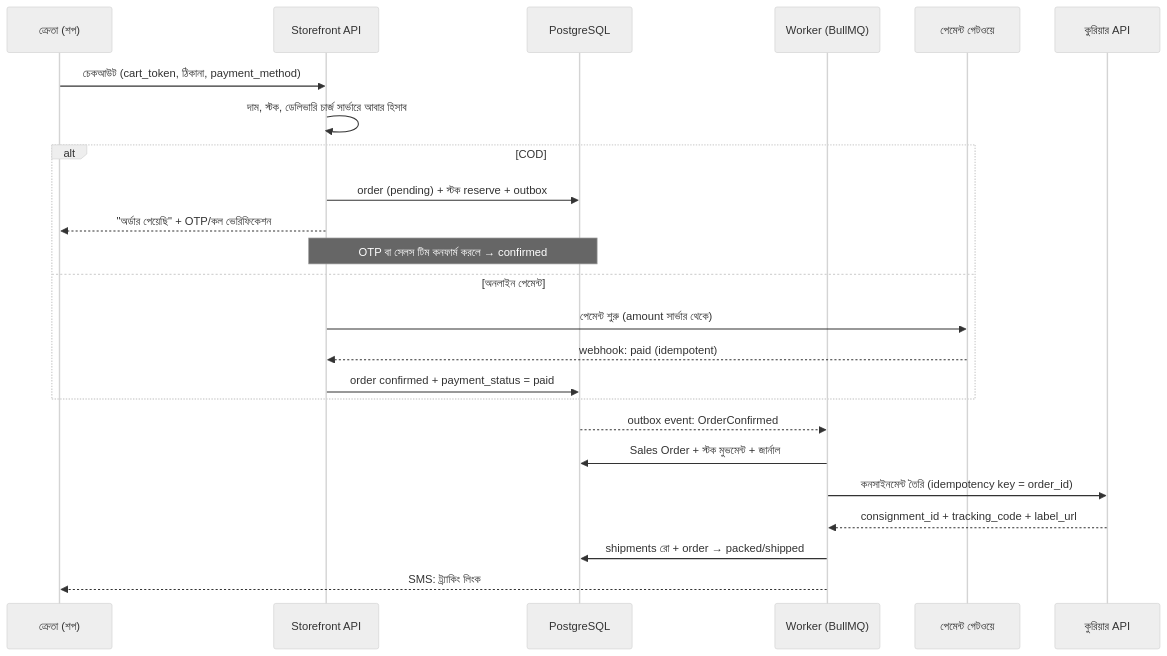
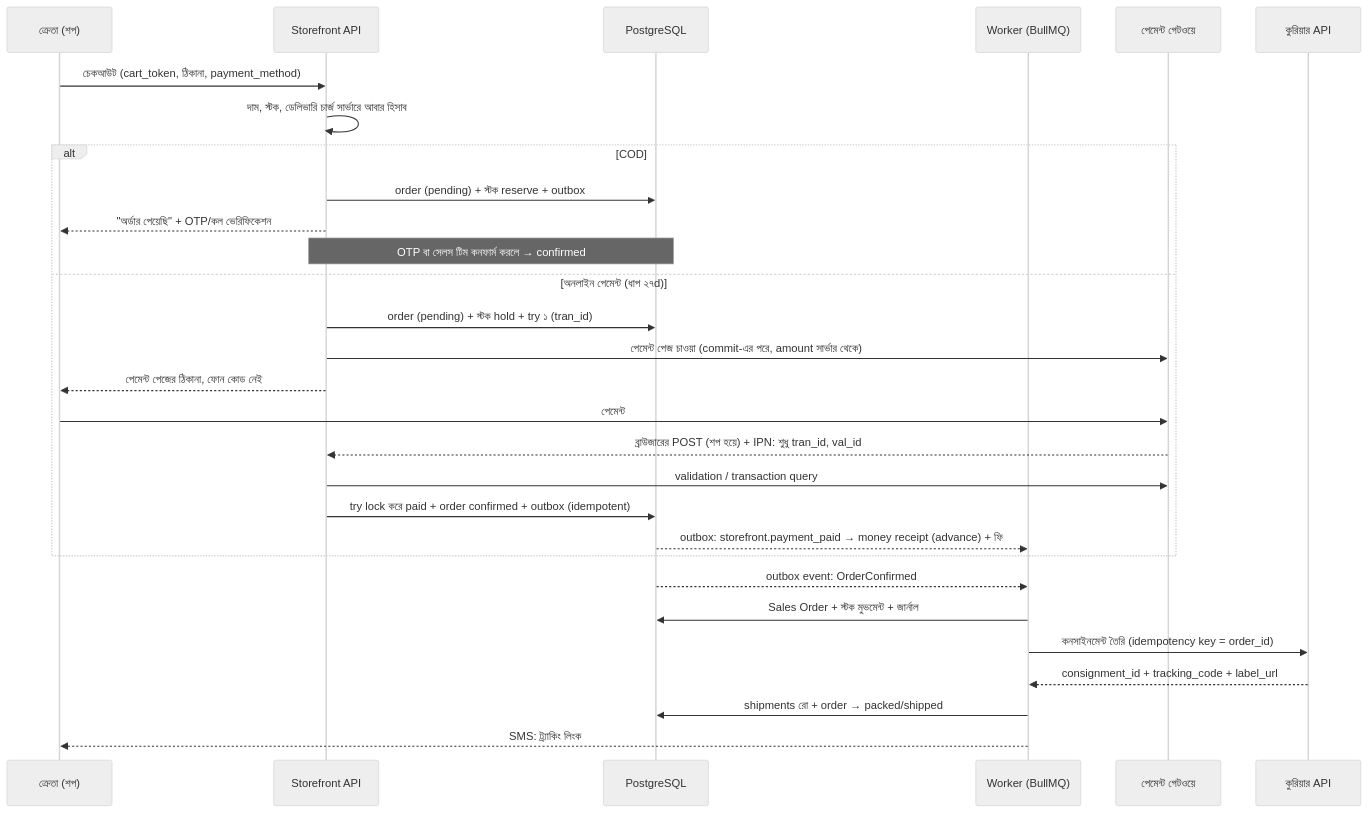
One commit to AlEkramHossainAbir/Omnivo changed the sixth of 6 diagrams in docs/system-design.bn.md. Above: the diagram before and after it, drawn with Mermaid (neutral theme). The commit also changed other lines of this file and 126 other files, not shown here.

````diff
--- a/docs/system-design.bn.md
+++ b/docs/system-design.bn.md
@@ -1206,27 +1221,32 @@
 ```mermaid
 sequenceDiagram
   participant C as ক্রেতা (শপ)
   participant S as Storefront API
   participant PG as PostgreSQL
   participant W as Worker (BullMQ)
   participant GW as পেমেন্ট গেটওয়ে
   participant CR as কুরিয়ার API
 
   C->>S: চেকআউট (cart_token, ঠিকানা, payment_method)
   S->>S: দাম, স্টক, ডেলিভারি চার্জ সার্ভারে আবার হিসাব
   alt COD
     S->>PG: order (pending) + স্টক reserve + outbox
     S-->>C: "অর্ডার পেয়েছি" + OTP/কল ভেরিফিকেশন
     Note over S,PG: OTP বা সেলস টিম কনফার্ম করলে → confirmed
-  else অনলাইন পেমেন্ট
-    S->>GW: পেমেন্ট শুরু (amount সার্ভার থেকে)
-    GW-->>S: webhook: paid (idempotent)
-    S->>PG: order confirmed + payment_status = paid
+  else অনলাইন পেমেন্ট (ধাপ ২৭d)
+    S->>PG: order (pending) + স্টক hold + try ১ (tran_id)
+    S->>GW: পেমেন্ট পেজ চাওয়া (commit-এর পরে, amount সার্ভার থেকে)
+    S-->>C: পেমেন্ট পেজের ঠিকানা, ফোন কোড নেই
+    C->>GW: পেমেন্ট
+    GW-->>S: ব্রাউজারের POST (শপ হয়ে) + IPN: শুধু tran_id, val_id
+    S->>GW: validation / transaction query
+    S->>PG: try lock করে paid + order confirmed + outbox (idempotent)
+    PG-->>W: outbox: storefront.payment_paid → money receipt (advance) + ফি
   end
   PG-->>W: outbox event: OrderConfirmed
   W->>PG: Sales Order + স্টক মুভমেন্ট + জার্নাল
   W->>CR: কনসাইনমেন্ট তৈরি (idempotency key = order_id)
   CR-->>W: consignment_id + tracking_code + label_url
   W->>PG: shipments রো + order → packed/shipped
   W-->>C: SMS: ট্র্যাকিং লিংক
 ```
````
